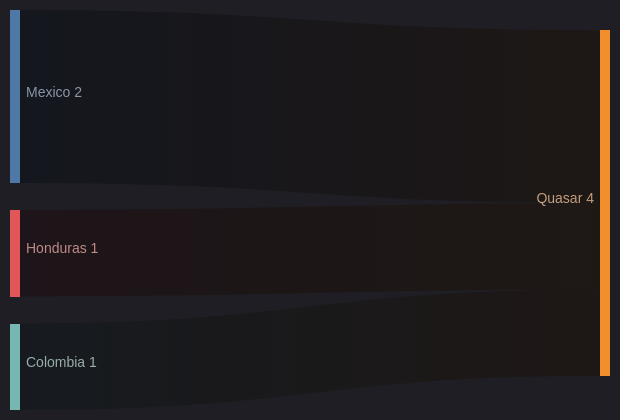
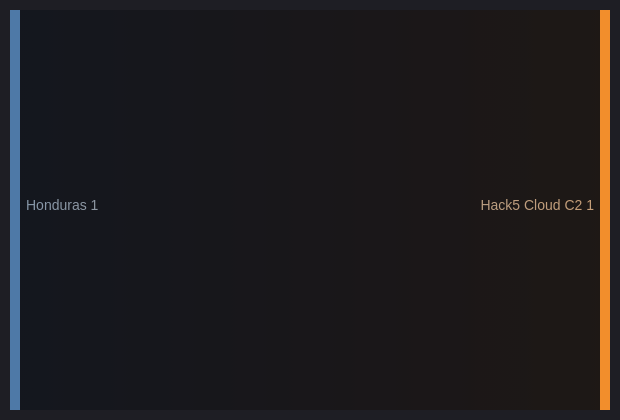
The seventh of 8 diagrams in zolim.md (ZoqueLabs/website), drawn with Mermaid before and after one commit. The commit also changed other lines of this file, not shown here.

````diff
--- a/zolim.md
+++ b/zolim.md
@@ -221,11 +222,9 @@
 ```mermaid
 ---
 config:
   theme: dark
 ---
 %% Δ Country → Threat (new edges)
 sankey-beta
-  Mexico,Quasar,2
-  Honduras,Quasar,1
-  Colombia,Quasar,1
+  Honduras,Hack5 Cloud C2,1
 ```
````
